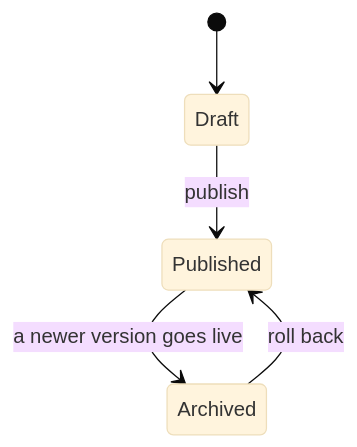
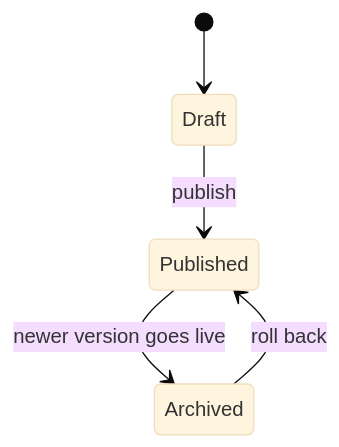
Before and after one commit to sanketn26/learnatu: the seventh of 13 diagrams in content/courses/create-a-course/en/mermaid-diagrams.md, drawn with Mermaid (base theme). The commit also changed other lines of this file and 24 other files, not shown here.

First line of the commit message:
feat: maths (KaTeX), richer Mermaid, new flowmap kinds, sequence and class diagram lessons

````diff
--- a/content/courses/create-a-course/en/mermaid-diagrams.md
+++ b/content/courses/create-a-course/en/mermaid-diagrams.md
@@ -46,7 +130,7 @@
 ```mermaid
 stateDiagram-v2
   [*] --> Draft
   Draft --> Published: publish
-  Published --> Archived: a newer version goes live
+  Published --> Archived: newer version goes live
   Archived --> Published: roll back
 ```
````
